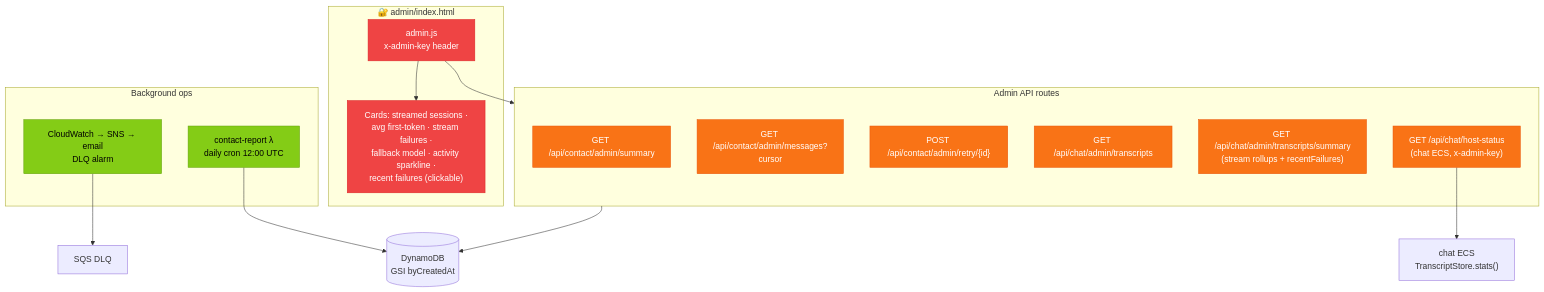
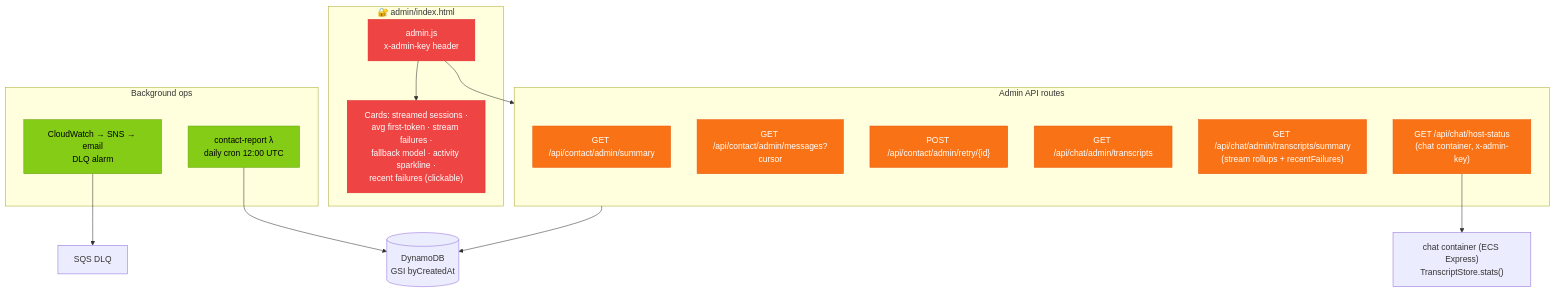
The fourth of 7 diagrams in docs/architecture.md (geda0/gvp), drawn with Mermaid before and after one commit. The commit also changed other lines of this file and 3 other files, not shown here.

First line of the commit message:
chore(chat): retire dead ECS+ALB/relay machinery from deploy script + reconcile voice docs

````diff
--- a/docs/architecture.md
+++ b/docs/architecture.md
@@ -274,36 +271,36 @@
 ```mermaid
 flowchart TB
     subgraph Admin["🔐 admin/index.html"]
         AUI["admin.js<br/>x-admin-key header"]
         UI_CARDS["Cards: streamed sessions ·<br/>avg first-token · stream failures ·<br/>fallback model · activity sparkline ·<br/>recent failures (clickable)"]
     end
 
     subgraph Routes["Admin API routes"]
         SUM["GET /api/contact/admin/summary"]
         MSG["GET /api/contact/admin/messages?cursor"]
         RET["POST /api/contact/admin/retry/{id}"]
         TRN["GET /api/chat/admin/transcripts"]
         TRN_SUM["GET /api/chat/admin/transcripts/summary<br/>(stream rollups + recentFailures)"]
-        HOST["GET /api/chat/host-status<br/>(chat ECS, x-admin-key)"]
+        HOST["GET /api/chat/host-status<br/>(chat container, x-admin-key)"]
     end
 
     subgraph Ops["Background ops"]
         RPT["contact-report λ<br/>daily cron 12:00 UTC"]
         ALM["CloudWatch → SNS → email<br/>DLQ alarm"]
     end
 
     AUI --> UI_CARDS
     AUI --> Routes
     Routes --> DDB[("DynamoDB<br/>GSI byCreatedAt")]
-    HOST --> CHATHOST["chat ECS<br/>TranscriptStore.stats()"]
+    HOST --> CHATHOST["chat container (ECS Express)<br/>TranscriptStore.stats()"]
     RPT --> DDB
     ALM --> DLQ["SQS DLQ"]
 
     classDef admin fill:#EF4444,stroke:#DC2626,color:#fff
     classDef route fill:#F97316,stroke:#EA580C,color:#fff
     classDef ops fill:#84CC16,stroke:#65A30D,color:#000
 
     class AUI,UI_CARDS admin
     class SUM,MSG,RET,TRN,TRN_SUM,HOST route
     class RPT,ALM ops
 ```
````
